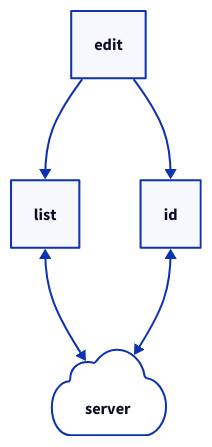
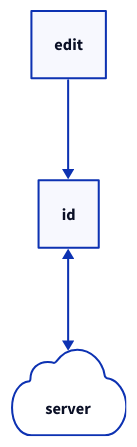
Before and after one commit to bananas-repos/scientia: the diagram in documentation/scructure/structure-edit.d2, drawn with D2. The commit also changed 7 other files, not shown here.

```diff
--- a/documentation/scructure/structure-edit.d2
+++ b/documentation/scructure/structure-edit.d2
@@ -1,10 +1,7 @@
-edit_list: list
 edit_id: id
 
 server: server
 server.shape: cloud
 
-edit -> edit_list
 edit -> edit_id
-edit_list <-> server
 edit_id <-> server
```
